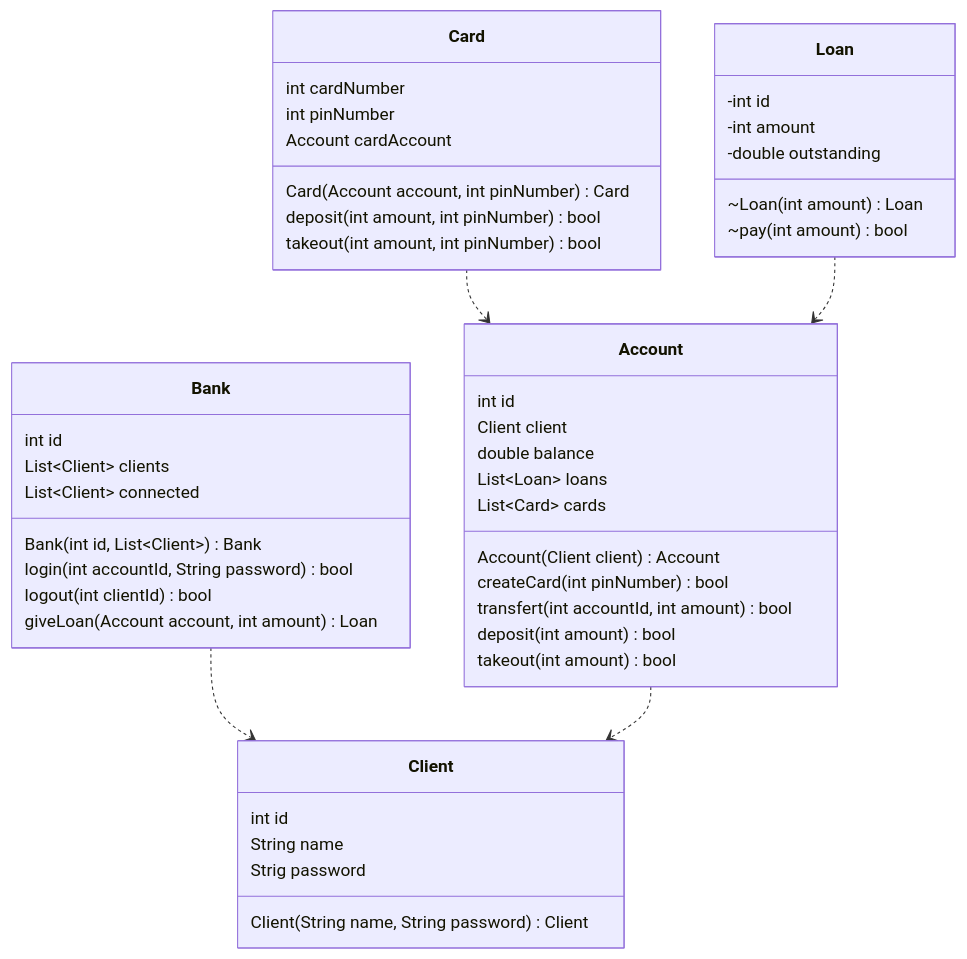
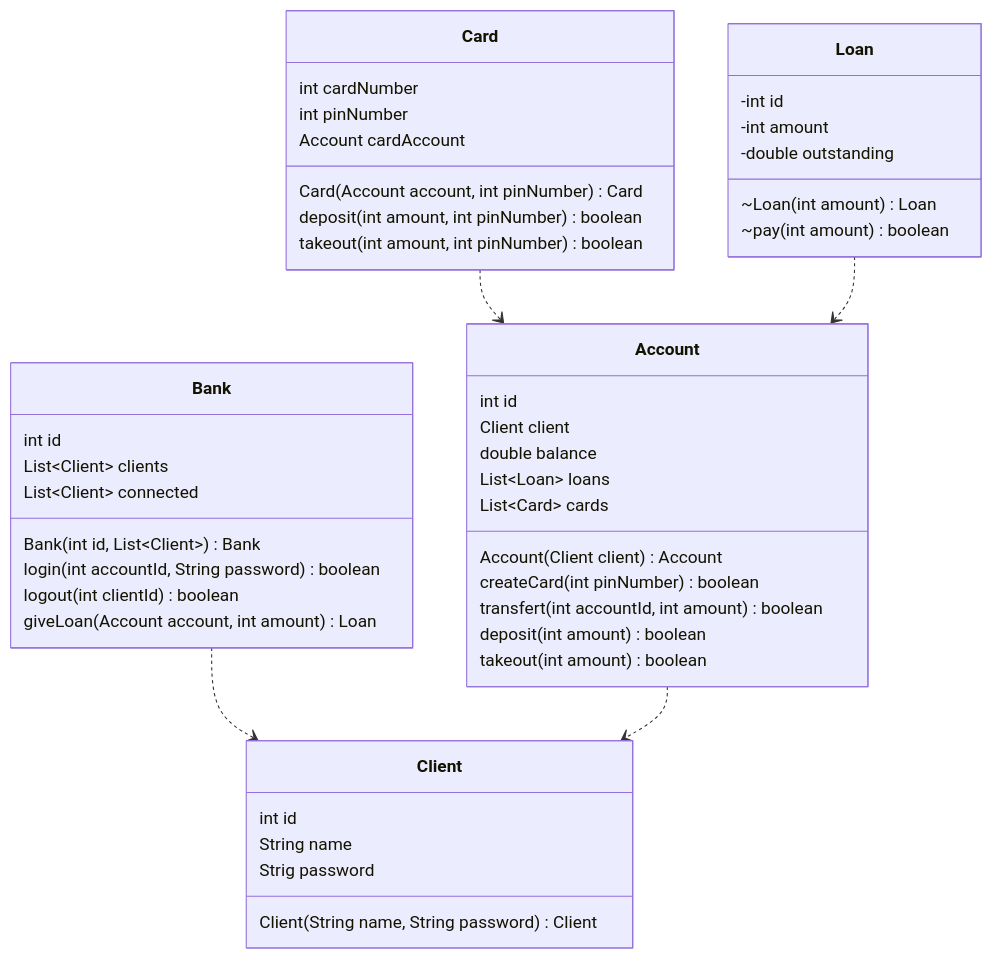
One commit to L-Clem/GitHooks changed the diagram in README.md. Above: the diagram before and after it, drawn with Mermaid.

Commit message:
Update diagram bool to boolean

````diff
--- a/README.md
+++ b/README.md
@@ -29,59 +29,59 @@
 ```mermaid
 classDiagram
     Bank ..> Client
     Account ..> Client
     Card ..> Account
     Loan ..> Account
 
     class Client{
         int id
         String name
         Strig password
 
         Client(String name, String password) Client
     }
 
     class Bank{
         int id
         List~Client~ clients
         List~Client~ connected
 
         Bank(int id, List~Client~) Bank
-        login(int accountId, String password) bool
-        logout(int clientId) bool
+        login(int accountId, String password) boolean
+        logout(int clientId) boolean
         giveLoan(Account account, int amount) Loan
     }
 
     class Account{
         int id
         Client client
         double balance
         List~Loan~ loans
         List~Card~ cards
 
         Account(Client client) Account
-        createCard(int pinNumber) bool
-        transfert(int accountId, int amount) bool
-        deposit(int amount) bool
-        takeout(int amount) bool
+        createCard(int pinNumber) boolean
+        transfert(int accountId, int amount) boolean
+        deposit(int amount) boolean
+        takeout(int amount) boolean
     }
 
     class Card{
         int cardNumber
         int pinNumber
         Account cardAccount
 
         Card(Account account, int pinNumber) Card
-        deposit(int amount, int pinNumber) bool
-        takeout(int amount, int pinNumber) bool
+        deposit(int amount, int pinNumber) boolean
+        takeout(int amount, int pinNumber) boolean
     }
 
     class Loan{
         -int id
         -int amount
         -double outstanding
 
         ~Loan(int amount) Loan
-        ~pay(int amount) bool
+        ~pay(int amount) boolean
     }
 ```
````
